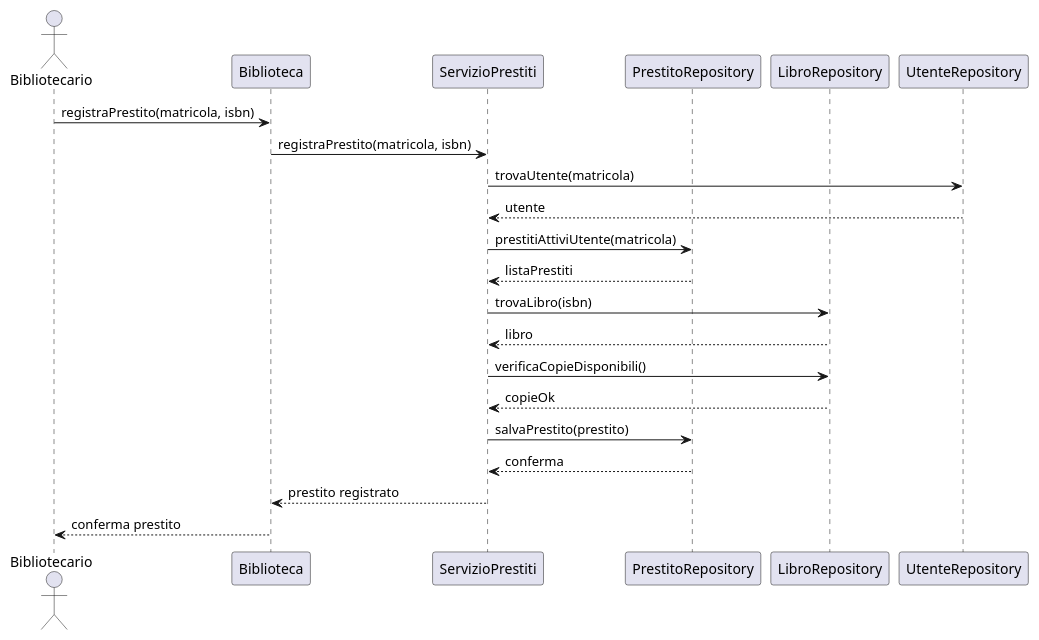
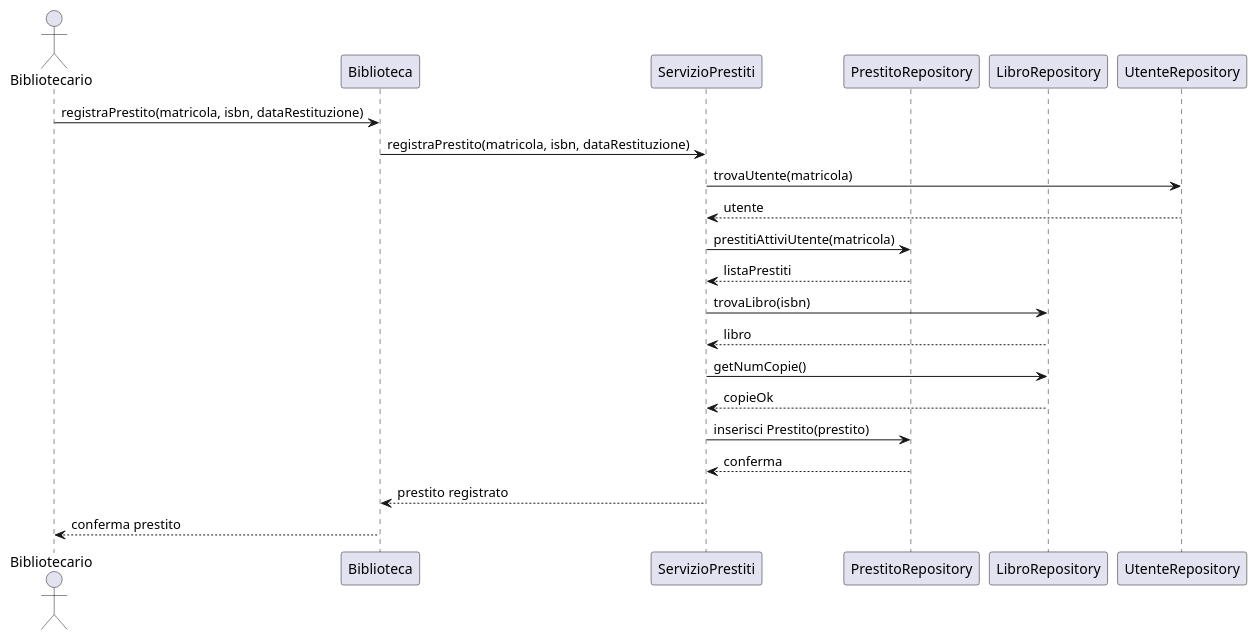
The diagram in Consegne/diagrammiSequenza/registraprestito.puml (FreeWisp/BibliotecaIDS), drawn with PlantUML before and after one commit. The commit also changed 4 other files, not shown here.

```diff
--- a/Consegne/diagrammiSequenza/registraprestito.puml
+++ b/Consegne/diagrammiSequenza/registraprestito.puml
@@ -1,29 +1,29 @@
 @startuml
 actor Bibliotecario as UA
 participant Biblioteca as B
 participant ServizioPrestiti as PS
 participant PrestitoRepository as PR
 participant LibroRepository as LR
 participant UtenteRepository as UR
 
-UA -> B : registraPrestito(matricola, isbn)
-B -> PS : registraPrestito(matricola, isbn)
+UA -> B : registraPrestito(matricola, isbn, dataRestituzione)
+B -> PS : registraPrestito(matricola, isbn, dataRestituzione)
 
 PS -> UR : trovaUtente(matricola)
 UR --> PS : utente
 
 PS -> PR : prestitiAttiviUtente(matricola)
 PR --> PS : listaPrestiti
 
 PS -> LR : trovaLibro(isbn)
 LR --> PS : libro
 
-PS -> LR : verificaCopieDisponibili()
+PS -> LR : getNumCopie()
 LR --> PS : copieOk
 
-PS -> PR : salvaPrestito(prestito)
+PS -> PR : inserisci Prestito(prestito)
 PR --> PS : conferma
 
 PS --> B : prestito registrato
 B --> UA : conferma prestito
 @enduml
```
